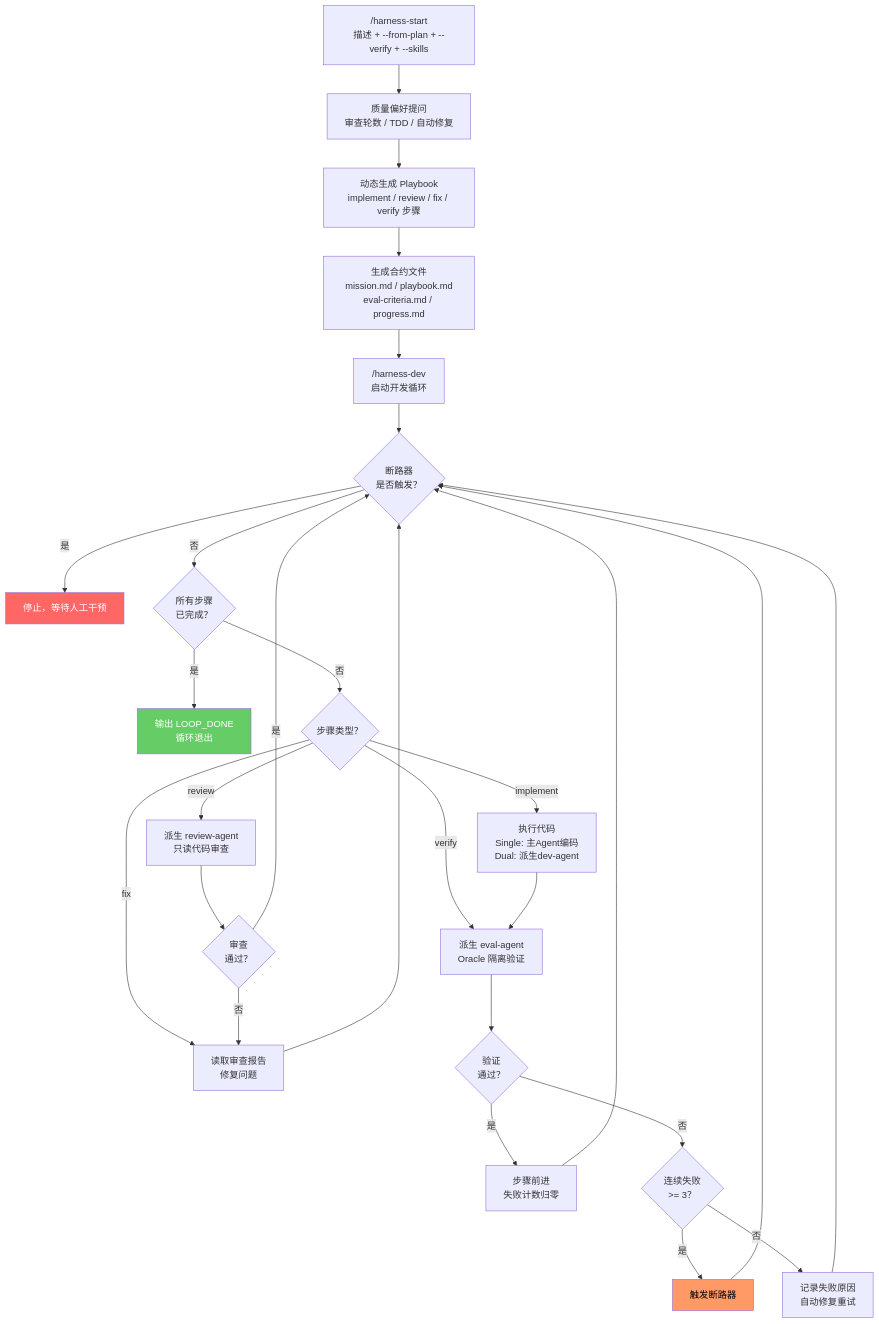
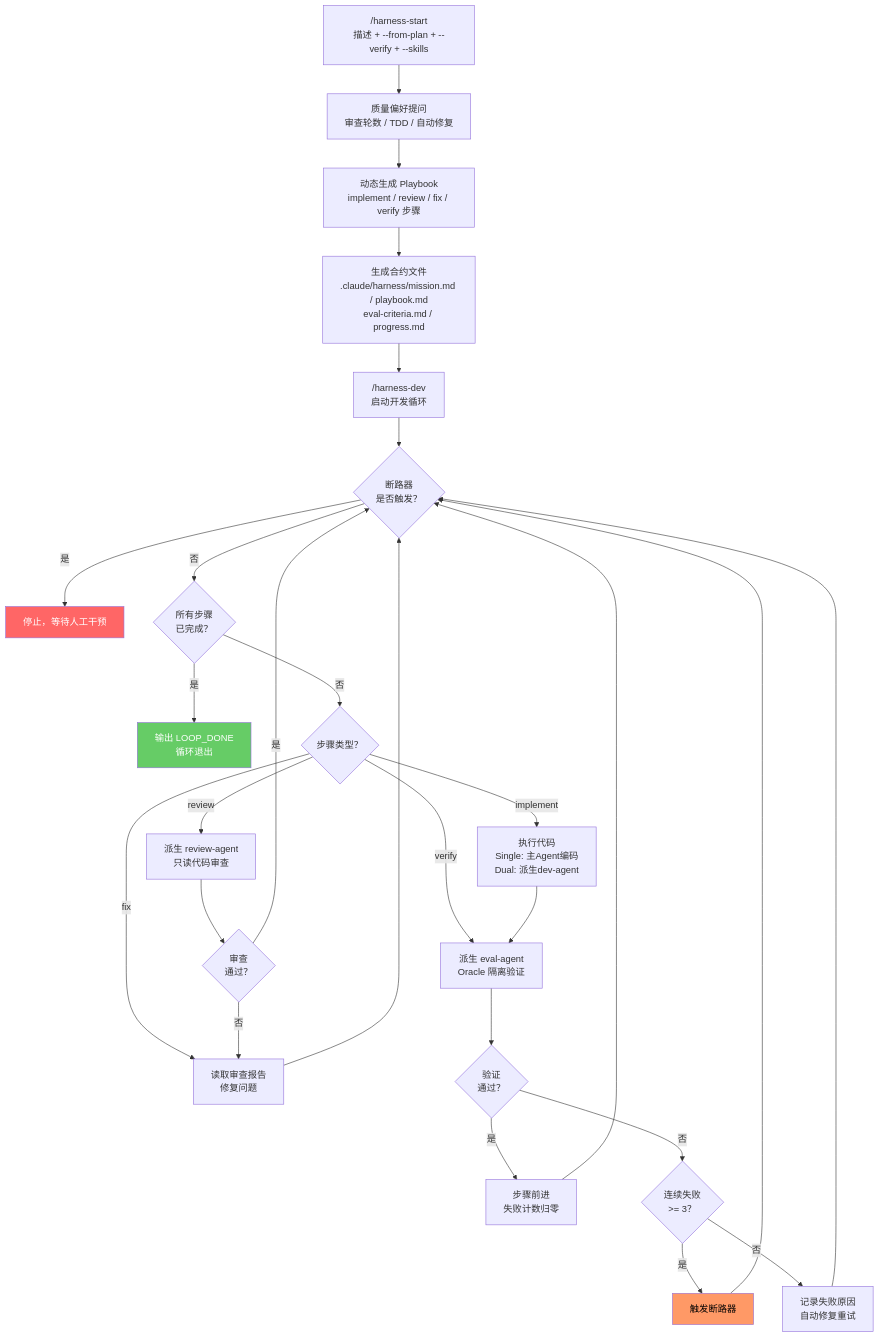
One commit to Luck9Star/OpenHarness-For-ClaudeCode changed the diagram in README.md. Above: the diagram before and after it, drawn with Mermaid. The commit also changed other lines of this file and 57 other files, not shown here.

````diff
--- a/README.md
+++ b/README.md
@@ -223,33 +333,33 @@
 ```mermaid
 flowchart TD
     A["/harness-start<br/>描述 + --from-plan + --verify + --skills"] --> B["质量偏好提问<br/>审查轮数 / TDD / 自动修复"]
     B --> C["动态生成 Playbook<br/>implement / review / fix / verify 步骤"]
-    C --> D["生成合约文件<br/>mission.md / playbook.md<br/>eval-criteria.md / progress.md"]
+    C --> D["生成合约文件<br/>.claude/harness/mission.md / playbook.md<br/>eval-criteria.md / progress.md"]
     D --> E["/harness-dev<br/>启动开发循环"]
     E --> F{"断路器<br/>是否触发？"}
     F -- 是 --> STOP["停止，等待人工干预"]
     F -- 否 --> G{"所有步骤<br/>已完成？"}
     G -- 是 --> H["输出 LOOP_DONE<br/>循环退出"]
     G -- 否 --> H2{"步骤类型？"}
     H2 -- implement --> I["执行代码<br/>Single: 主Agent编码<br/>Dual: 派生dev-agent"]
     H2 -- review --> J["派生 review-agent<br/>只读代码审查"]
     H2 -- fix --> K["读取审查报告<br/>修复问题"]
     H2 -- verify --> L["派生 eval-agent<br/>Oracle 隔离验证"]
     I --> L
     J --> M{"审查<br/>通过？"}
     M -- 是 --> F
     M -- 否 --> K
     K --> F
     L --> N{"验证<br/>通过？"}
     N -- 是 --> O["步骤前进<br/>失败计数归零"]
     N -- 否 --> P{"连续失败<br/>>= 3？"}
     P -- 是 --> Q["触发断路器"]
     Q --> F
     P -- 否 --> R["记录失败原因<br/>自动修复重试"]
     R --> F
     O --> F
 
     style STOP fill:#f66,color:#fff
     style H fill:#6c6,color:#fff
     style Q fill:#f96,color:#000
 ```
````
